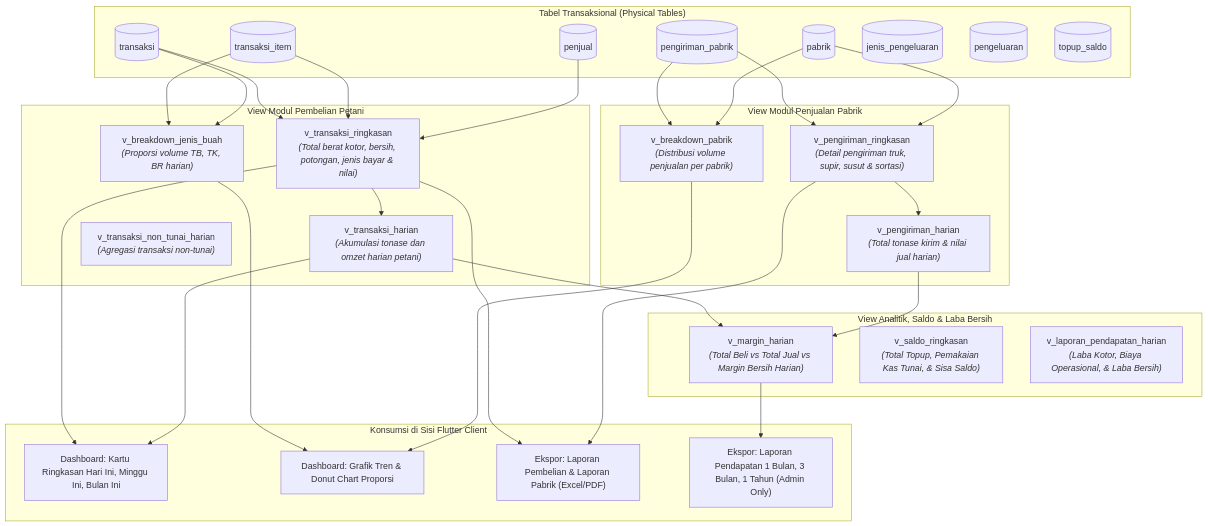
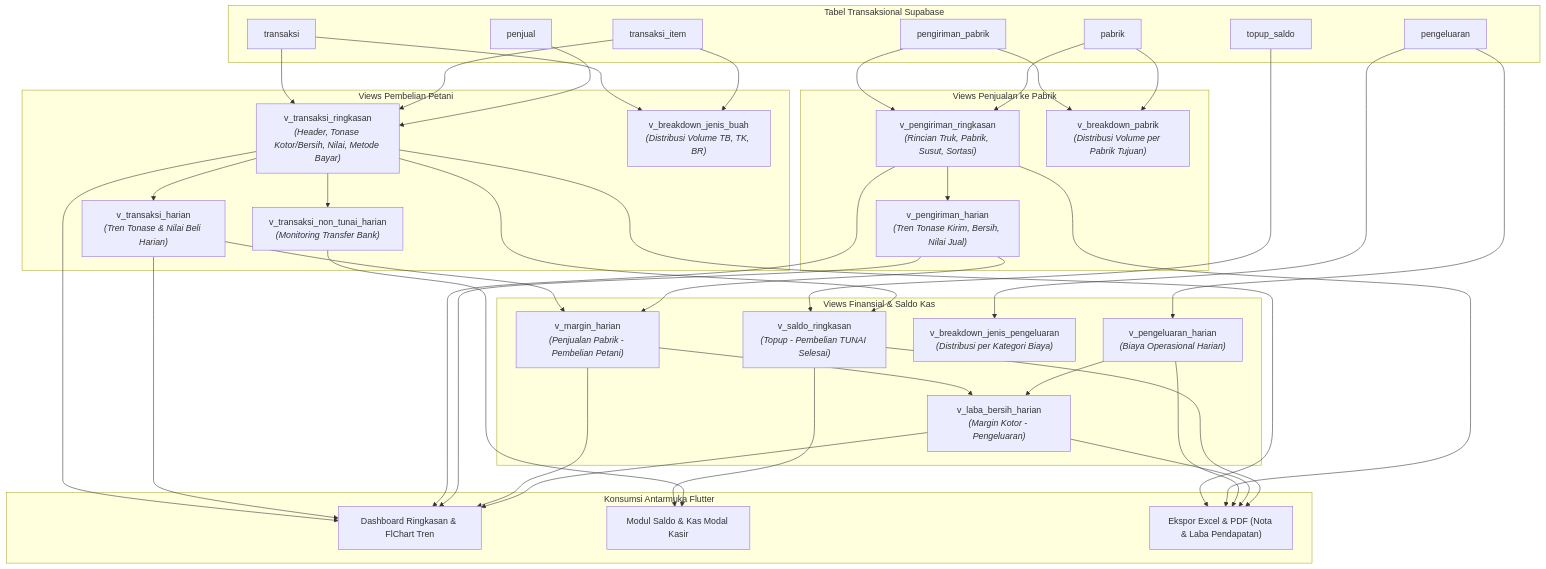
The third of 13 diagrams in doc/DIAGRAM-SISTEM-Aplikasi-Transaksi-Sawit.md (Mfkr07/RamSawit-App), drawn with Mermaid before and after one commit. The commit also changed other lines of this file and 7 other files, not shown here.

````diff
--- a/doc/DIAGRAM-SISTEM-Aplikasi-Transaksi-Sawit.md
+++ b/doc/DIAGRAM-SISTEM-Aplikasi-Transaksi-Sawit.md
@@ -180,60 +213,58 @@
 ```mermaid
-flowchart TD
-    subgraph TABEL_DASAR ["Tabel Transaksional (Physical Tables)"]
-        T1[(transaksi)]
-        T2[(transaksi_item)]
-        T3[(penjual)]
-        T4[(pengiriman_pabrik)]
-        T5[(pabrik)]
-        T6[(jenis_pengeluaran)]
-        T7[(pengeluaran)]
-        T8[(topup_saldo)]
+graph TD
+    subgraph TABEL_DASAR ["Tabel Transaksional Supabase"]
+        T1["transaksi"]
+        T2["transaksi_item"]
+        T3["penjual"]
+        T4["pengiriman_pabrik"]
+        T5["pabrik"]
+        T6["pengeluaran"]
+        T7["topup_saldo"]
     end
 
-    subgraph VIEW_PEMBELIAN ["View Modul Pembelian Petani"]
-        V1["v_transaksi_ringkasan<br/><i>(Total berat kotor, bersih, potongan, jenis bayar & nilai)</i>"]
-        V2["v_transaksi_harian<br/><i>(Akumulasi tonase dan omzet harian petani)</i>"]
-        V3["v_breakdown_jenis_buah<br/><i>(Proporsi volume TB, TK, BR harian)</i>"]
-        V8["v_transaksi_non_tunai_harian<br/><i>(Agregasi transaksi non-tunai)</i>"]
+    subgraph VIEW_PEMBELIAN ["Views Pembelian Petani"]
+        V1["v_transaksi_ringkasan<br/><i>(Header, Tonase Kotor/Bersih, Nilai, Metode Bayar)</i>"]
+        V2["v_transaksi_harian<br/><i>(Tren Tonase & Nilai Beli Harian)</i>"]
+        V3["v_breakdown_jenis_buah<br/><i>(Distribusi Volume TB, TK, BR)</i>"]
+        V12["v_transaksi_non_tunai_harian<br/><i>(Monitoring Transfer Bank)</i>"]
     end
 
-    subgraph VIEW_PENJUALAN ["View Modul Penjualan Pabrik"]
-        V4["v_pengiriman_ringkasan<br/><i>(Detail pengiriman truk, supir, susut & sortasi)</i>"]
-        V5["v_pengiriman_harian<br/><i>(Total tonase kirim & nilai jual harian)</i>"]
-        V6["v_breakdown_pabrik<br/><i>(Distribusi volume penjualan per pabrik)</i>"]
+    subgraph VIEW_PABRIK ["Views Penjualan ke Pabrik"]
+        V4["v_pengiriman_ringkasan<br/><i>(Rincian Truk, Pabrik, Susut, Sortasi)</i>"]
+        V5["v_pengiriman_harian<br/><i>(Tren Tonase Kirim, Bersih, Nilai Jual)</i>"]
+        V6["v_breakdown_pabrik<br/><i>(Distribusi Volume per Pabrik Tujuan)</i>"]
     end
 
-    subgraph VIEW_MARGIN ["View Analitik, Saldo & Laba Bersih"]
-        V7["v_margin_harian<br/><i>(Total Beli vs Total Jual vs Margin Bersih Harian)</i>"]
-        V9["v_saldo_ringkasan<br/><i>(Total Topup, Pemakaian Kas Tunai, & Sisa Saldo)</i>"]
-        V10["v_laporan_pendapatan_harian<br/><i>(Laba Kotor, Biaya Operasional, & Laba Bersih)</i>"]
+    subgraph VIEW_KEUANGAN ["Views Finansial & Saldo Kas"]
+        V7["v_margin_harian<br/><i>(Penjualan Pabrik - Pembelian Petani)</i>"]
+        V8["v_pengeluaran_harian<br/><i>(Biaya Operasional Harian)</i>"]
+        V9["v_breakdown_jenis_pengeluaran<br/><i>(Distribusi per Kategori Biaya)</i>"]
+        V10["v_laba_bersih_harian<br/><i>(Margin Kotor - Pengeluaran)</i>"]
+        V11["v_saldo_ringkasan<br/><i>(Topup - Pembelian TUNAI Selesai)</i>"]
     end
 
-    subgraph CLIENT_OUTPUT ["Konsumsi di Sisi Flutter Client"]
-        C1["Dashboard: Kartu Ringkasan Hari Ini, Minggu Ini, Bulan Ini"]
-        C2["Dashboard: Grafik Tren & Donut Chart Proporsi"]
-        C3["Ekspor: Laporan Pembelian & Laporan Pabrik (Excel/PDF)"]
-        C4["Ekspor: Laporan Pendapatan 1 Bulan, 3 Bulan, 1 Tahun (Admin Only)"]
+    subgraph FLUTTER_OUTPUT ["Konsumsi Antarmuka Flutter"]
+        OUT1["Dashboard Ringkasan & FlChart Tren"]
+        OUT2["Modul Saldo & Kas Modal Kasir"]
+        OUT3["Ekspor Excel & PDF (Nota & Laba Pendapatan)"]
     end
 
-    T1 --> V1
-    T2 --> V1
-    T3 --> V1
+    T1 & T2 & T3 --> V1
     V1 --> V2
-    T2 --> V3
-    T1 --> V3
+    T1 & T2 --> V3
+    V1 --> V12
 
-    T4 --> V4
-    T5 --> V4
+    T4 & T5 --> V4
     V4 --> V5
-    T4 --> V6
-    T5 --> V6
+    T4 & T5 --> V6
 
-    V2 --> V7
-    V5 --> V7
+    V2 & V5 --> V7
+    T6 --> V8
+    T6 --> V9
+    V7 & V8 --> V10
+    T7 & V1 --> V11
 
-    V1 & V2 --> C1
-    V3 & V6 --> C2
-    V1 & V4 --> C3
-    V7 --> C4
+    V1 & V2 & V4 & V5 & V7 & V10 --> OUT1
+    V11 & V12 --> OUT2
+    V1 & V4 & V8 & V10 & V11 --> OUT3
 ```
````
